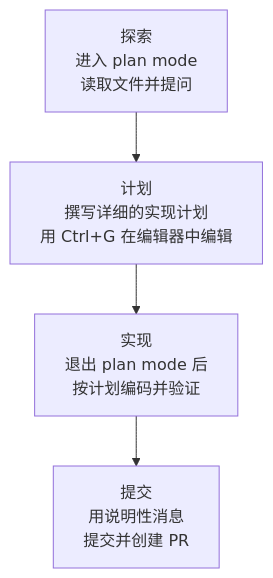
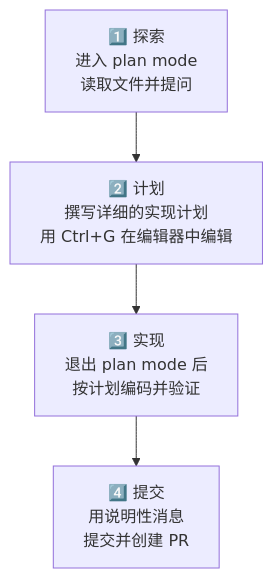
The diagram in docs-site/content/zh/claude-code/agentic/best-practices.md (modu-ai/moai-adk), drawn with Mermaid before and after one commit. The commit also changed other lines of this file and 3 other files, not shown here.

````diff
--- a/docs-site/content/zh/claude-code/agentic/best-practices.md
+++ b/docs-site/content/zh/claude-code/agentic/best-practices.md
@@ -44,6 +38,6 @@
 ```mermaid
 flowchart TD
-    A[探索<br/>进入 plan mode<br/>读取文件并提问] --> B[计划<br/>撰写详细的实现计划<br/>用 Ctrl+G 在编辑器中编辑]
-    B --> C[实现<br/>退出 plan mode 后<br/>按计划编码并验证]
-    C --> D[提交<br/>用说明性消息<br/>提交并创建 PR]
+    A["1️⃣ 探索<br/>进入 plan mode<br/>读取文件并提问"] --> B["2️⃣ 计划<br/>撰写详细的实现计划<br/>用 Ctrl+G 在编辑器中编辑"]
+    B --> C["3️⃣ 实现<br/>退出 plan mode 后<br/>按计划编码并验证"]
+    C --> D["4️⃣ 提交<br/>用说明性消息<br/>提交并创建 PR"]
 ```
````
